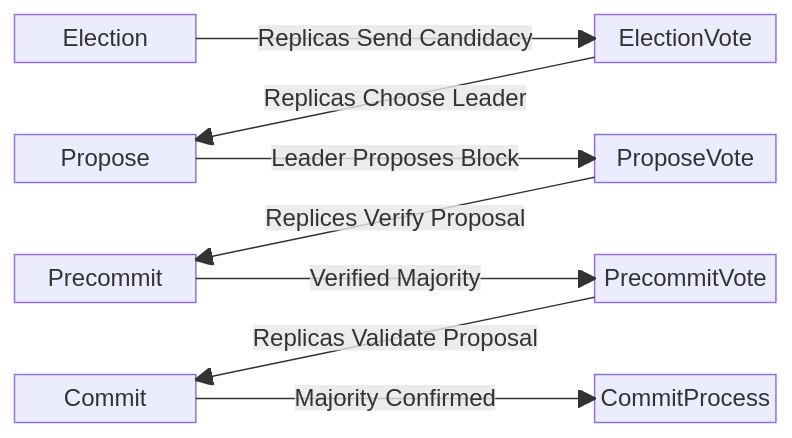
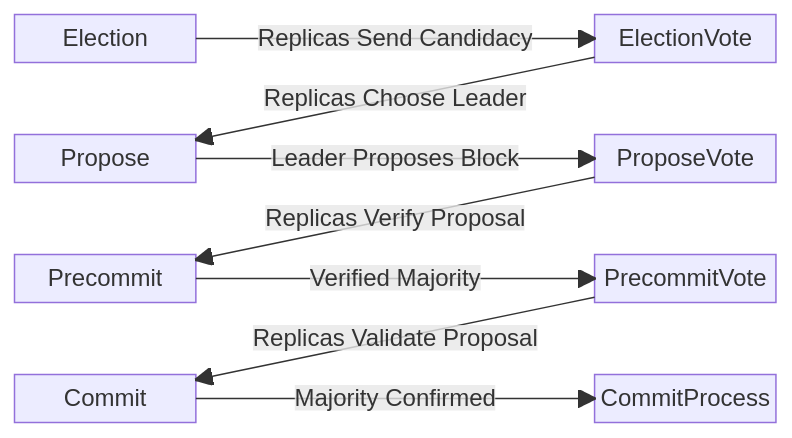
Before and after one commit to canopy-network/canopy: the first of 4 diagrams in bft/bft.md, drawn with Mermaid. The commit also changed other lines of this file, not shown here.

````diff
--- a/bft/bft.md
+++ b/bft/bft.md
@@ -402,32 +402,32 @@
 ```mermaid
 block-beta
     columns 4
 
     E["Election"]
     space
     space
     EV["ElectionVote"]
     space:4
     P["Propose"]
     space
     space
     PV["ProposeVote"]
     space:4
     PC["Precommit"]
     space
     space
     PCV["PrecommitVote"]
     space:4
     C["Commit"]
     space
     space
     CP["CommitProcess"]
 
     E--"Replicas Send Candidacy"-->EV
     EV--"Replicas Choose Leader"-->P
     P--"Leader Proposes Block"-->PV
-    PV--"Replices Verify Proposal"-->PC
+    PV--"Replicas Verify Proposal"-->PC
     PC--"Verified Majority"-->PCV
     PCV--"Replicas Validate Proposal"-->C
     C--"Majority Confirmed"-->CP
 ```
````
